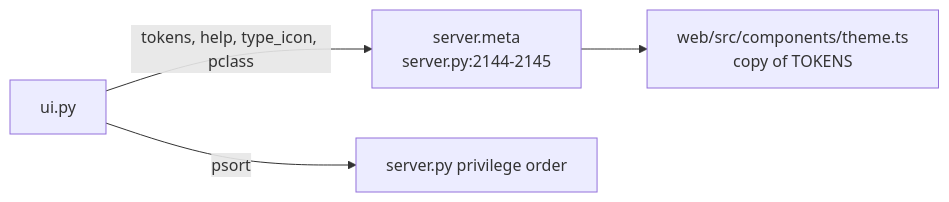
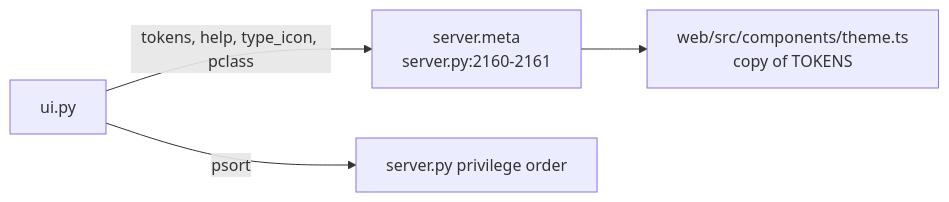
Before and after one commit to darshanmeel/snowflake-access-explorer: the diagram in snowflake-access-explorer-knowledge-graph/modules/ui.md, drawn with Mermaid. The commit also changed 88 other files, not shown here.

First line of the commit message:
Knowledge graph and docs for the access log; per-day charts by user, role, client, statement, R/W/DDL, object kind

````diff
--- a/snowflake-access-explorer-knowledge-graph/modules/ui.md
+++ b/snowflake-access-explorer-knowledge-graph/modules/ui.md
@@ -6,6 +6,6 @@
 ```mermaid
 flowchart LR
-  UI[ui.py] -->|tokens, help, type_icon, pclass| M[server.meta<br/>server.py:2144-2145]
+  UI[ui.py] -->|tokens, help, type_icon, pclass| M[server.meta<br/>server.py:2160-2161]
   M --> W[web/src/components/theme.ts<br/>copy of TOKENS]
   UI -->|psort| S[server.py privilege order]
 ```
````
